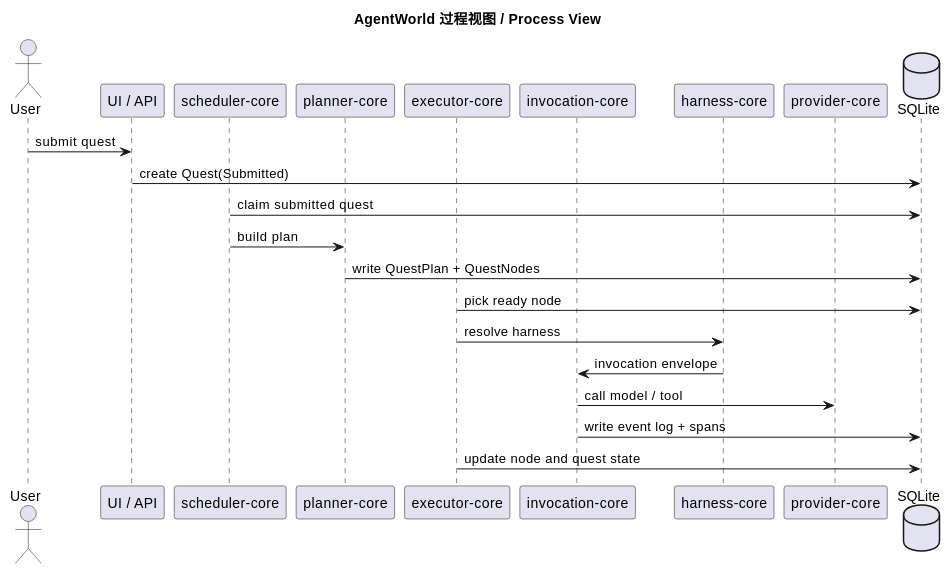
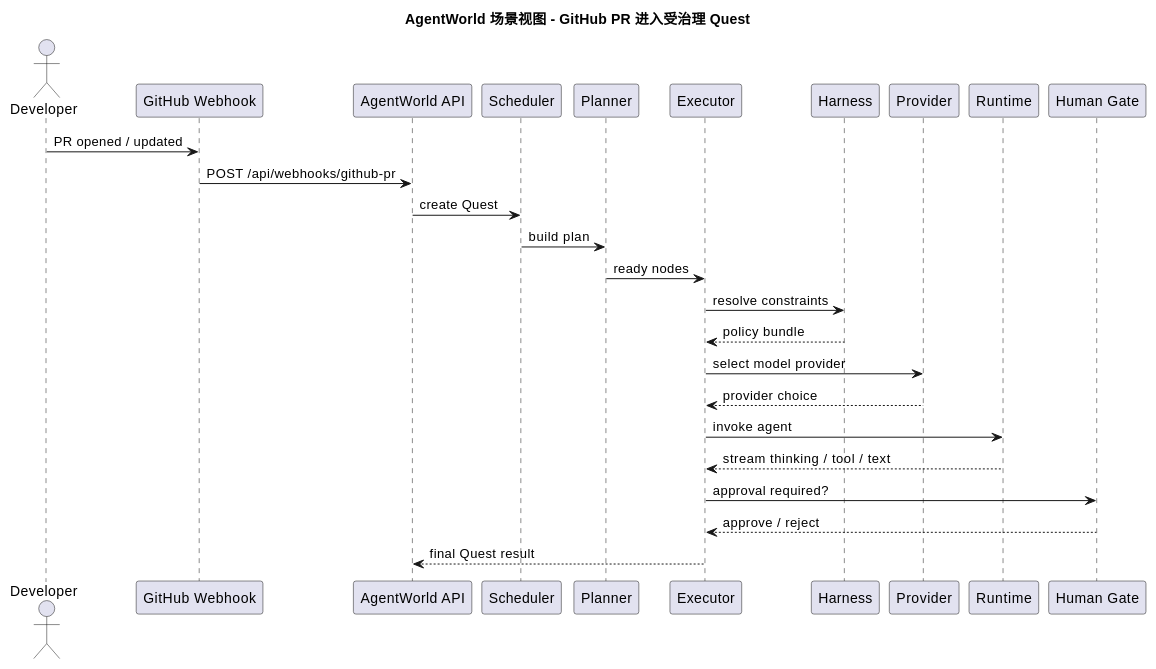
The first of 7 diagrams in docs/detailed-design.zh-CN.md (SimonMing47/agent-world), drawn with PlantUML before and after one commit. The commit also changed other lines of this file and 29 other files, not shown here.

````diff
--- a/docs/detailed-design.zh-CN.md
+++ b/docs/detailed-design.zh-CN.md
@@ -945,28 +1025,30 @@
 ```plantuml
 @startuml
-title AgentWorld 过程视图 / Process View
+title AgentWorld 场景视图 - GitHub PR 进入受治理 Quest
+actor Developer
+participant "GitHub Webhook" as Webhook
+participant "AgentWorld API" as API
+participant "Scheduler" as Scheduler
+participant "Planner" as Planner
+participant "Executor" as Executor
+participant "Harness" as Harness
+participant "Provider" as Provider
+participant "Runtime" as Runtime
+participant "Human Gate" as Gate
 
-actor User
-participant "UI / API" as API
-participant "scheduler-core" as Scheduler
-participant "planner-core" as Planner
-participant "executor-core" as Executor
-participant "invocation-core" as Invocation
-participant "harness-core" as Harness
-participant "provider-core" as Provider
-database "SQLite" as DB
-
-User -> API : submit quest
-API -> DB : create Quest(Submitted)
-Scheduler -> DB : claim submitted quest
+Developer -> Webhook : PR opened / updated
+Webhook -> API : POST /api/webhooks/github-pr
+API -> Scheduler : create Quest
 Scheduler -> Planner : build plan
-Planner -> DB : write QuestPlan + QuestNodes
-Executor -> DB : pick ready node
-Executor -> Harness : resolve harness
-Harness -> Invocation : invocation envelope
-Invocation -> Provider : call model / tool
-Invocation -> DB : write event log + spans
-Executor -> DB : update node and quest state
-
+Planner -> Executor : ready nodes
+Executor -> Harness : resolve constraints
+Harness --> Executor : policy bundle
+Executor -> Provider : select model provider
+Provider --> Executor : provider choice
+Executor -> Runtime : invoke agent
+Runtime --> Executor : stream thinking / tool / text
+Executor -> Gate : approval required?
+Gate --> Executor : approve / reject
+Executor --> API : final Quest result
 @enduml
 ```
````
